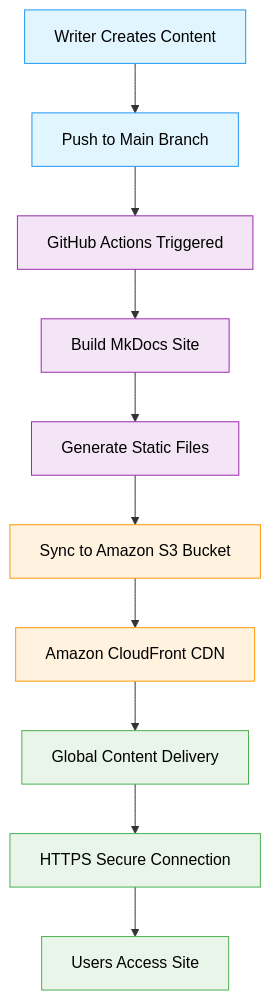
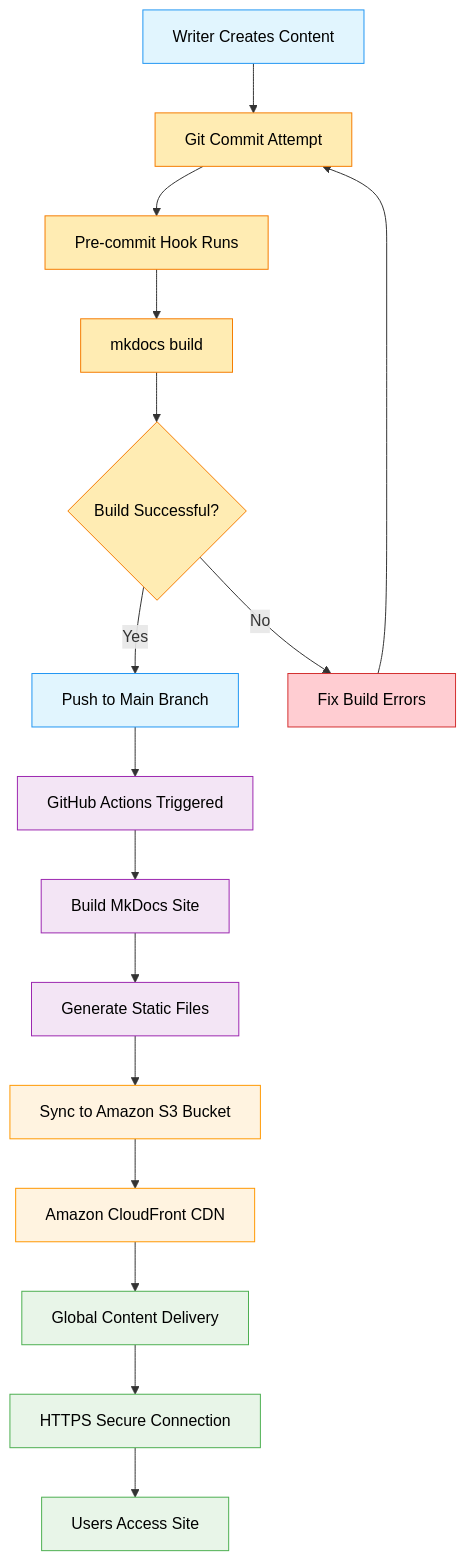
One commit to scottsaenz/scottsaenz-site changed the diagram in docs/blog/posts/20250601.md. Above: the diagram before and after it, drawn with Mermaid.

Commit message:
added pre-commit

````diff
--- a/docs/blog/posts/20250601.md
+++ b/docs/blog/posts/20250601.md
@@ -30,34 +30,49 @@
 ```mermaid
 flowchart TD
-    A[Push to Main Branch] --> B[GitHub Actions Triggered]
+    J[Writer Creates Content] --> K[Git Commit Attempt]
+    K --> L[Pre-commit Hook Runs]
+    L --> M[mkdocs build]
+    M --> N{Build Successful?}
+    N -->|Yes| A[Push to Main Branch]
+    N -->|No| O[Fix Build Errors]
+    O --> K
+    
+    A --> B[GitHub Actions Triggered]
     B --> C[Build MkDocs Site]
     C --> D[Generate Static Files]
     D --> E[Sync to Amazon S3 Bucket]
     E --> F[Amazon CloudFront CDN]
     F --> G[Global Content Delivery]
     G --> H[HTTPS Secure Connection]
     H --> I[Users Access Site]
-    
-    J[Writer Creates Content] --> A
     
     style A fill:#e1f5fe,color:#000
     style B fill:#f3e5f5,color:#000
     style C fill:#f3e5f5,color:#000
     style D fill:#f3e5f5,color:#000
     style E fill:#fff3e0,color:#000
     style F fill:#fff3e0,color:#000
     style G fill:#e8f5e8,color:#000
     style H fill:#e8f5e8,color:#000
     style I fill:#e8f5e8,color:#000
     style J fill:#e1f5fe,color:#000
+    style K fill:#ffecb3,color:#000
+    style L fill:#ffecb3,color:#000
+    style M fill:#ffecb3,color:#000
+    style N fill:#ffecb3,color:#000
+    style O fill:#ffcdd2,color:#000
     
     classDef automation fill:#f3e5f5,stroke:#9c27b0,color:#000
     classDef aws fill:#fff3e0,stroke:#ff9800,color:#000
     classDef delivery fill:#e8f5e8,stroke:#4caf50,color:#000
     classDef user fill:#e1f5fe,stroke:#2196f3,color:#000
+    classDef precommit fill:#ffecb3,stroke:#f57c00,color:#000
+    classDef error fill:#ffcdd2,stroke:#d32f2f,color:#000
     
     class B,C,D automation
     class E,F aws
     class G,H,I delivery
     class A,J user
+    class K,L,M,N precommit
+    class O error
 ```
````
